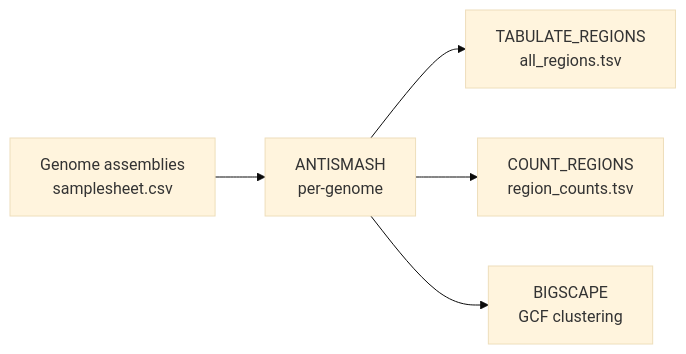
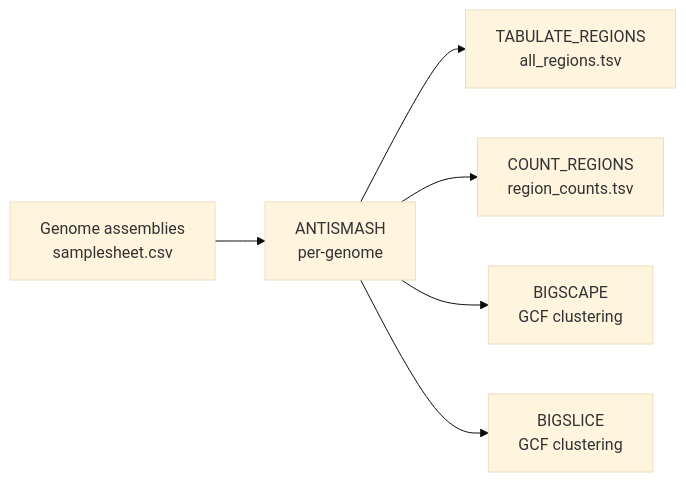
Before and after one commit to andreassag/clystere: the diagram in docs/index.md, drawn with Mermaid (base theme). The commit also changed other lines of this file and 16 other files, not shown here.

````diff
--- a/docs/index.md
+++ b/docs/index.md
@@ -13,7 +13,8 @@
 ```mermaid
 graph LR
     A[Genome assemblies<br/>samplesheet.csv] --> B[ANTISMASH<br/>per-genome]
     B --> C[TABULATE_REGIONS<br/>all_regions.tsv]
     B --> D[COUNT_REGIONS<br/>region_counts.tsv]
     B --> E[BIGSCAPE<br/>GCF clustering]
+    B --> F[BIGSLICE<br/>GCF clustering]
 ```
````
